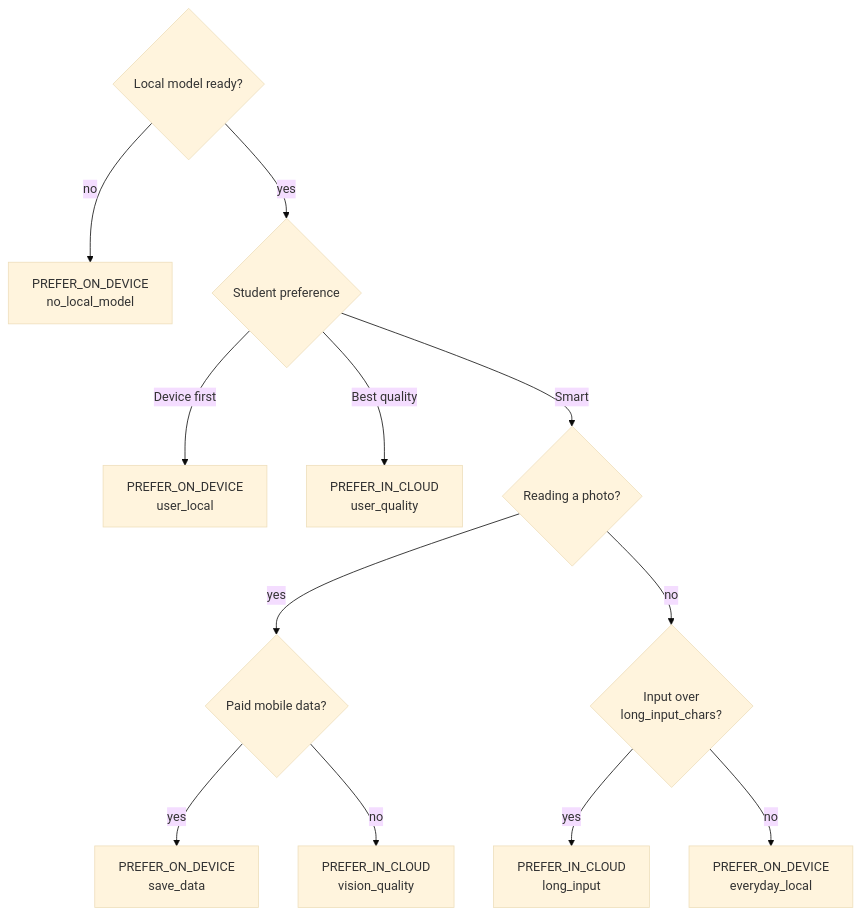
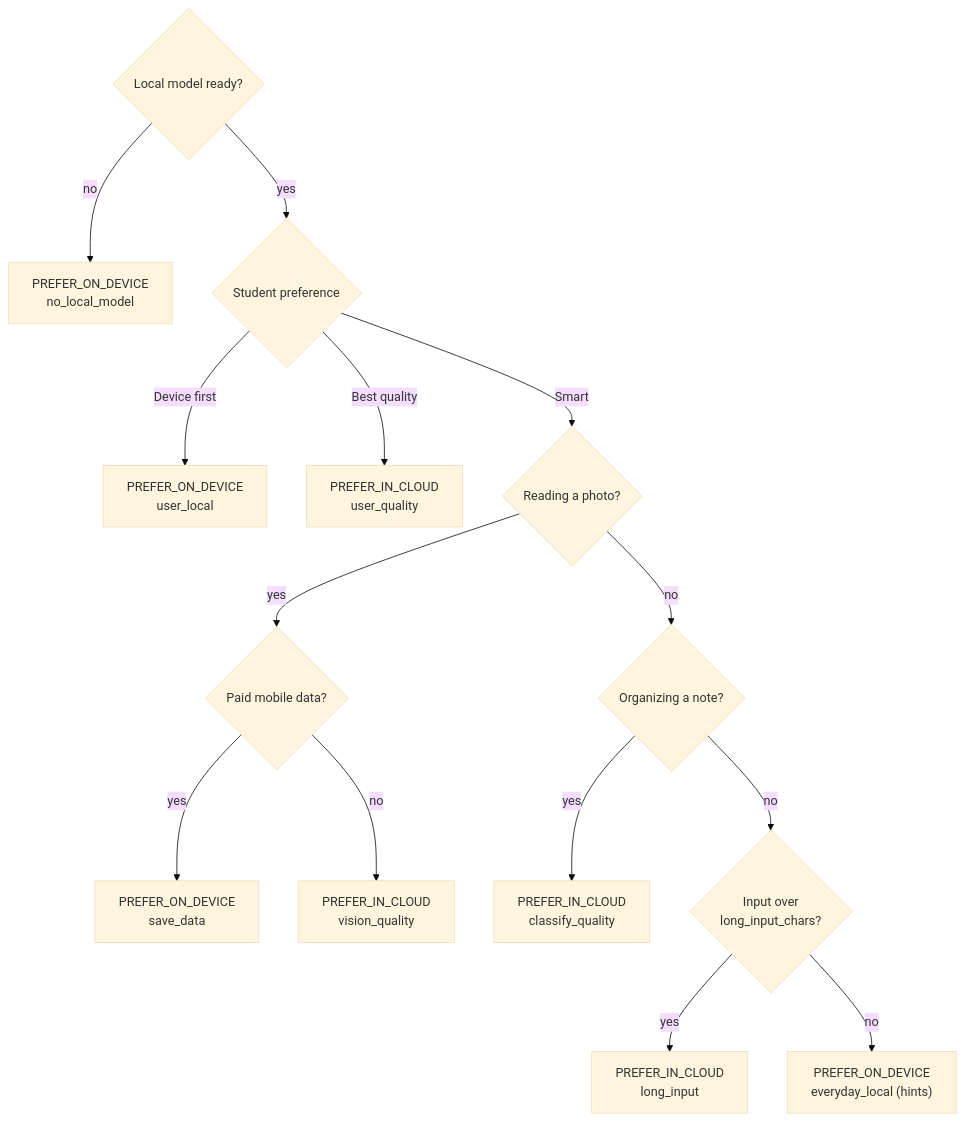
The fourth of 5 diagrams in docs/ARCHITECTURE.md (ryosakkkkk/alRato), drawn with Mermaid (base theme) before and after one commit. The commit also changed 13 other files, not shown here.

````diff
--- a/docs/ARCHITECTURE.md
+++ b/docs/ARCHITECTURE.md
@@ -151,15 +151,17 @@
 ```mermaid
 flowchart TD
     C{"Local model ready?"}
     C -- no --> R3["PREFER_ON_DEVICE<br/>no_local_model"]
     C -- yes --> D{"Student preference"}
     D -- Device first --> R4["PREFER_ON_DEVICE<br/>user_local"]
     D -- Best quality --> R5["PREFER_IN_CLOUD<br/>user_quality"]
     D -- Smart --> E{"Reading a photo?"}
     E -- yes --> E1{"Paid mobile data?"}
     E1 -- yes --> R6["PREFER_ON_DEVICE<br/>save_data"]
     E1 -- no --> R7["PREFER_IN_CLOUD<br/>vision_quality"]
-    E -- no --> F{"Input over<br/>long_input_chars?"}
+    E -- no --> G{"Organizing a note?"}
+    G -- yes --> G1["PREFER_IN_CLOUD<br/>classify_quality"]
+    G -- no --> F{"Input over<br/>long_input_chars?"}
     F -- yes --> R8["PREFER_IN_CLOUD<br/>long_input"]
-    F -- no --> R9["PREFER_ON_DEVICE<br/>everyday_local"]
+    F -- no --> R9["PREFER_ON_DEVICE<br/>everyday_local (hints)"]
 ```
````
